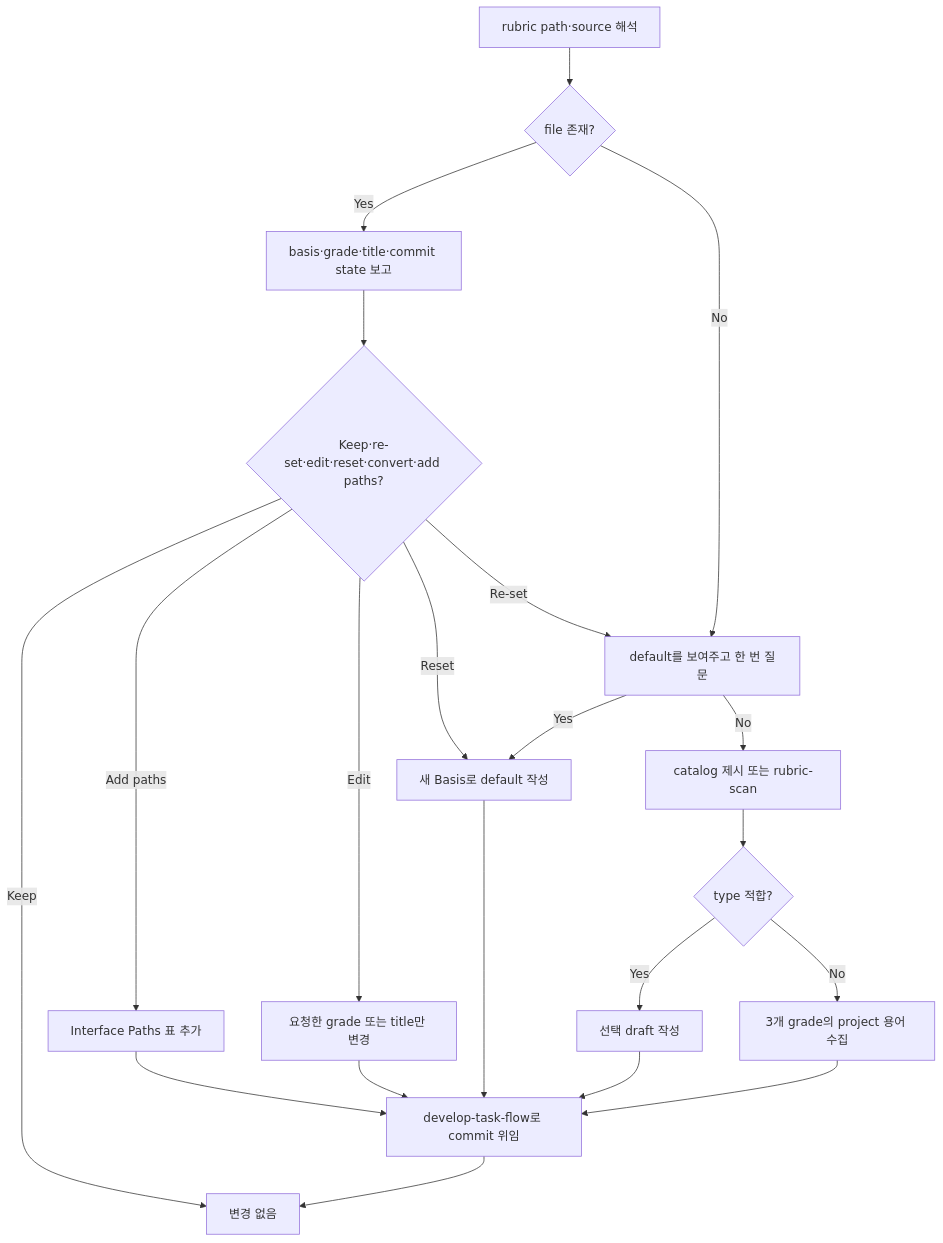
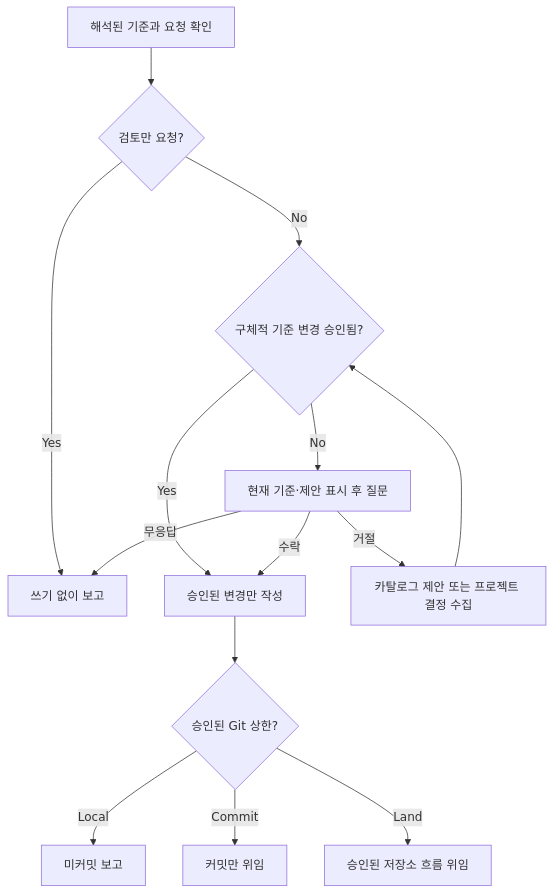
Before and after one commit to 0x0w1/jig: the diagram in docs/ko/skills/version-rubric.md, drawn with Mermaid. The commit also changed other lines of this file and 71 other files, not shown here.

````diff
--- a/docs/ko/skills/version-rubric.md
+++ b/docs/ko/skills/version-rubric.md
@@ -29,23 +29,16 @@
 ```mermaid
 flowchart TD
-    Resolve[rubric path·source 해석] --> Exists{file 존재?}
-    Exists -- Yes --> Review[basis·grade·title·commit state 보고]
-    Review --> Intent{Keep·re-set·edit·reset·convert·add paths?}
-    Intent -- Keep --> Report[변경 없음]
-    Intent -- Edit --> Edit[요청한 grade 또는 title만 변경]
-    Intent -- Add paths --> Paths[Interface Paths 표 추가]
-    Intent -- Re-set --> Offer[default를 보여주고 한 번 질문]
-    Intent -- Reset --> Default[새 Basis로 default 작성]
-    Exists -- No --> Offer
-    Offer -- Yes --> Default
-    Offer -- No --> Catalog[catalog 제시 또는 rubric-scan]
-    Catalog --> Fit{type 적합?}
-    Fit -- Yes --> Adopt[선택 draft 작성]
-    Fit -- No --> Custom[3개 grade의 project 용어 수집]
-    Paths --> Commit[develop-task-flow로 commit 위임]
-    Edit --> Commit
-    Default --> Commit
-    Adopt --> Commit
-    Custom --> Commit
-    Commit --> Report
+    Resolve[해석된 기준과 요청 확인] --> Review{검토만 요청?}
+    Review -- Yes --> Report[쓰기 없이 보고]
+    Review -- No --> Choice{구체적 기준 변경 승인됨?}
+    Choice -- Yes --> Write[승인된 변경만 작성]
+    Choice -- No --> Propose[현재 기준·제안 표시 후 질문]
+    Propose -- 수락 --> Write
+    Propose -- 무응답 --> Report
+    Propose -- 거절 --> Catalog[카탈로그 제안 또는 프로젝트 결정 수집]
+    Catalog --> Choice
+    Write --> Scope{승인된 Git 상한?}
+    Scope -- Local --> Uncommitted[미커밋 보고]
+    Scope -- Commit --> Commit[커밋만 위임]
+    Scope -- Land --> Flow[승인된 저장소 흐름 위임]
 ```
````
